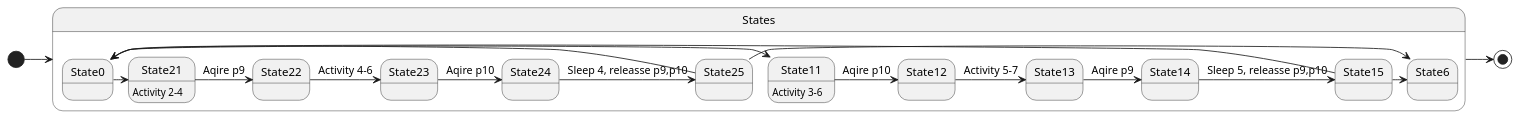
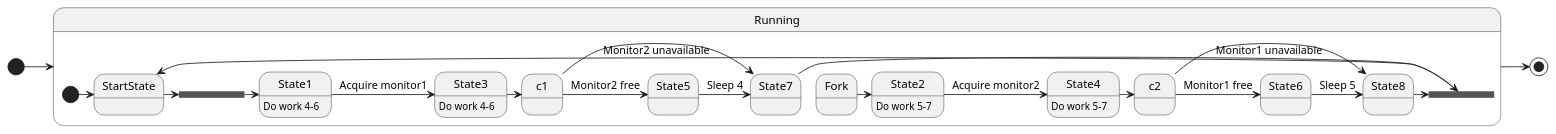
The diagram in RTS/src/LabSession5/Lab7/App1/Diagrams/StateMachineDiagram.puml (ileacosmin/IleaCosmin_30333_RTSLAB), drawn with PlantUML before and after one commit. The commit also changed 6 other files, not shown here.

Commit message:
fixed some diagrams

```diff
--- a/RTS/src/LabSession5/Lab7/App1/Diagrams/StateMachineDiagram.puml
+++ b/RTS/src/LabSession5/Lab7/App1/Diagrams/StateMachineDiagram.puml
@@ -1,26 +1,37 @@
 @startuml
-[*] -> States
-state States{
 
-    State0-> State11
-    State0-> State21
-    State11: Activity 3-6
-    State11 -> State12 : Aqire p10
-    State12 -> State13 : Activity 5-7
-    State13 -> State14 : Aqire p9
-    State14 -> State15 : Sleep 5, releasse p9,p10
-    State15-> State6
-    State15-> State0
+[*] -> Running
+state Running{
 
-    State21: Activity 2-4
-    State21 -> State22 : Aqire p9
-    State22 -> State23 : Activity 4-6
-    State23 -> State24 : Aqire p10
-    State24 -> State25 : Sleep 4, releasse p9,p10
-    State25-> State6
-    State25-> State0
+    state Fork1 <<fork>>
+    [*] -> StartState
+    StartState -> Fork1
+    Fork1 -> State1
+    State1 : Do work 4-6
+    Fork -> State2
+    State2 : Do work 5-7
+    State1 -> State3 : Acquire monitor1
+    State2 -> State4 : Acquire monitor2
+    State3 : Do work 4-6
+    State4 : Do work 5-7
 
+    state c1 <<condition>>
+    state c2 <<condition>>
+    State3 -> c1
+    State4 -> c2
+    c1 -> State5 : Monitor2 free
+    State5 -> State7 : Sleep 4
+    c1 -> State7 : Monitor2 unavailable
+
+    c2 -> State6 : Monitor1 free
+    State6 -> State8 : Sleep 5
+    c2 -> State8 : Monitor1 unavailable
+    state Fork2 <<fork>>
+    State7 -> Fork2
+    State8 -> Fork2
+    Fork2 -> StartState
 }
 
-States -> [*]
+Running -> [*]
+
 @enduml
```
